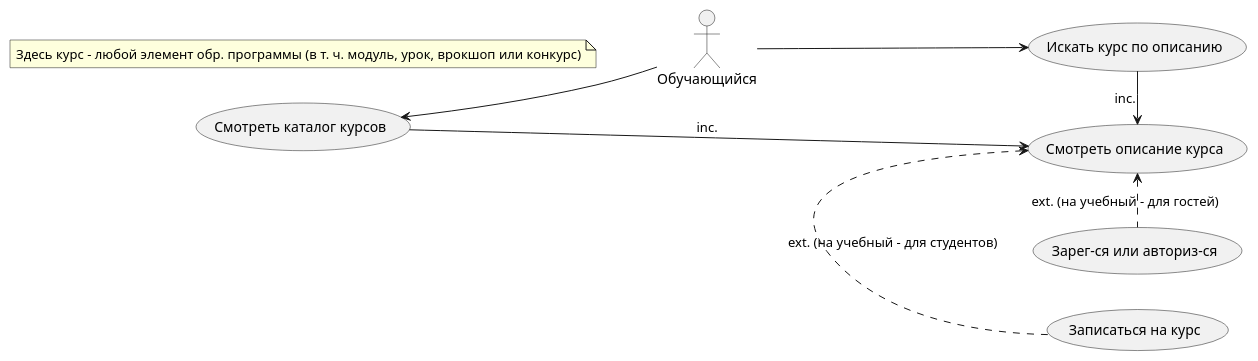
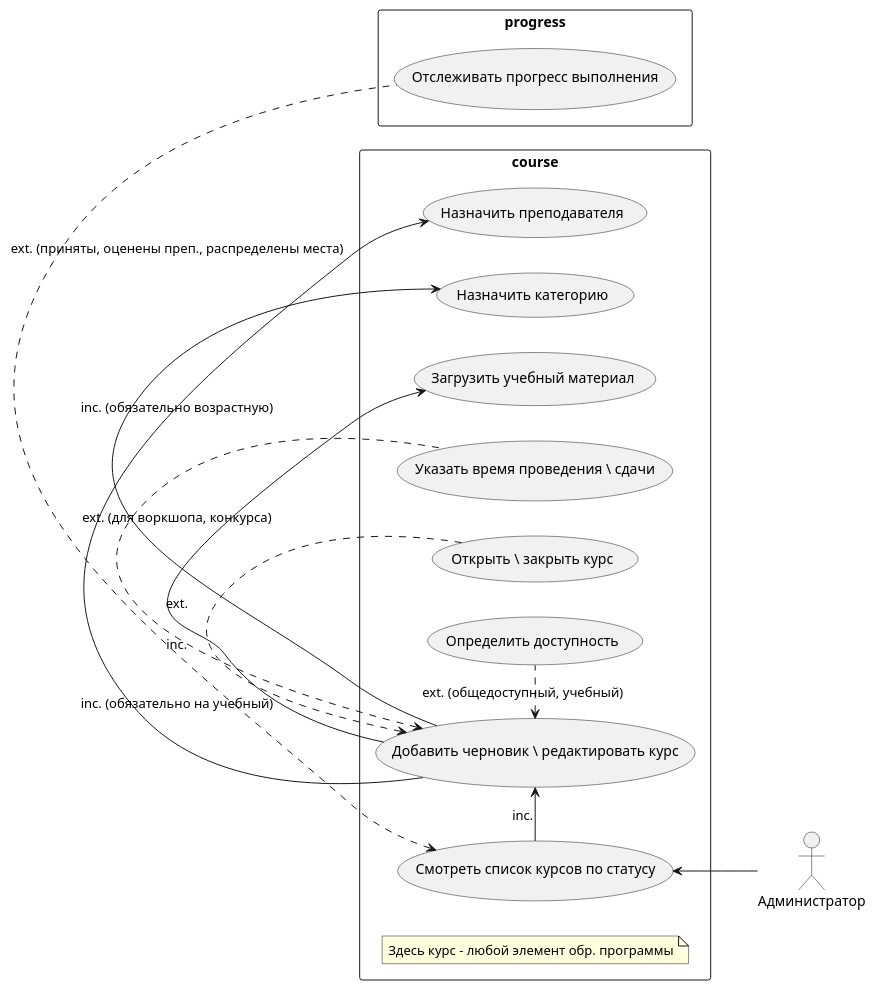
One commit to karpoftea/mts-kata-2023 changed the fourth of 6 diagrams in docs/requirements/requirements.md. Above: the diagram before and after it, drawn with PlantUML. The commit also changed other lines of this file, not shown here.

````diff
--- a/docs/requirements/requirements.md
+++ b/docs/requirements/requirements.md
@@ -113,23 +206,35 @@
 ```plantuml
 @startuml
 
 left to right direction
 
-actor "Обучающийся" as guest
+actor "Администратор" as admin
 
-usecase "Смотреть каталог курсов" as UC21
-usecase "Искать курс по описанию" as UC22
-usecase "Смотреть описание курса" as UC24
-note "Здесь курс - любой элемент обр. программы (в т. ч. модуль, урок, врокшоп или конкурс)" as N21
-usecase "Записаться на курс" as UC25
-usecase "Зарег-ся или авториз-ся" as UC23
+rectangle course {
+  usecase "Смотреть список курсов по статусу" as UC71
+  usecase "Назначить преподавателя" as UC61
+  usecase "Назначить категорию" as UC62
+  usecase "Добавить черновик \ редактировать курс" as UC63
+  usecase "Загрузить учебный материал" as UC64
+  usecase "Указать время проведения \ сдачи" as UC65
+  usecase "Открыть \ закрыть курс" as UC66
+  usecase "Определить доступность" as UC67
+  note "Здесь курс - любой элемент обр. программы" as N61
+}
 
-guest -up-> UC21
-guest --> UC22
-UC21 -> UC24 : inc.
-UC22 -> UC24 : inc.
-UC24 <. UC25 : ext. (на учебный - для студентов)
-UC24 <. UC23 : ext. (на учебный - для гостей)
+rectangle progress {
+  usecase "Отслеживать прогресс выполнения" as UC72
+}
+
+UC63 -> UC61 : inc. (обязательно на учебный)
+UC63 -> UC62 : inc. (обязательно возрастную)
+UC63 -> UC64 : inc.
+UC63 <. UC65 : ext. (для воркшопа, конкурса)
+UC63 <. UC66 : ext.
+UC63 <. UC67 : ext. (общедоступный, учебный)
+admin -up-> UC71
+UC71 -> UC63 : inc.
+UC71 <. UC72 : ext. (приняты, оценены преп., распределены места)
 
 @enduml
 ```
````
